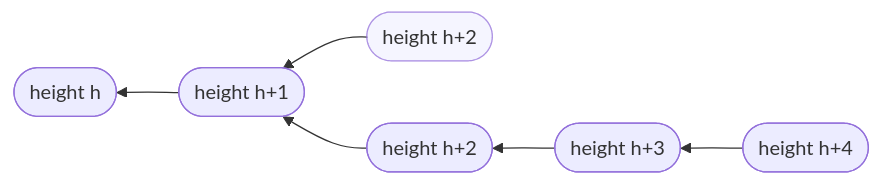
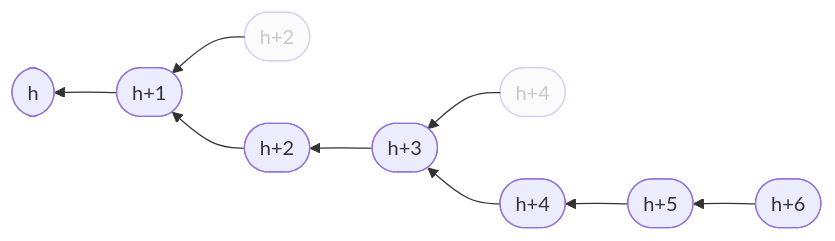
Before and after one commit to pkel/cpr: the first of 2 diagrams in website/content/en/docs/protocols/nakamoto.md, drawn with Mermaid. The commit also changed other lines of this file and 1 other file, not shown here.

````diff
--- a/website/content/en/docs/protocols/nakamoto.md
+++ b/website/content/en/docs/protocols/nakamoto.md
@@ -27,13 +30,17 @@
 ```mermaid
 graph RL
-  A([height h])
-  B([height h+1])
-  CA([height h+2])
-  CB([height h+2])
-  D([height h+3])
-  E([height h+4])
+  classDef orphan opacity:0.5,fill:#eee
+
+  A([h])
+  B([h+1])
+  CA([h+2]):::orphan
+  CB([h+2])
+  D([h+3])
+  EA([h+4])
+  EB([h+4]):::orphan
+  F([h+5])
+  G([h+6])
   CA --> B --> A
-  E --> D --> CB --> B
-
-  style CA opacity:0.5
+  EB --> D --> CB --> B
+  G --> F --> EA --> D
 ```
````
